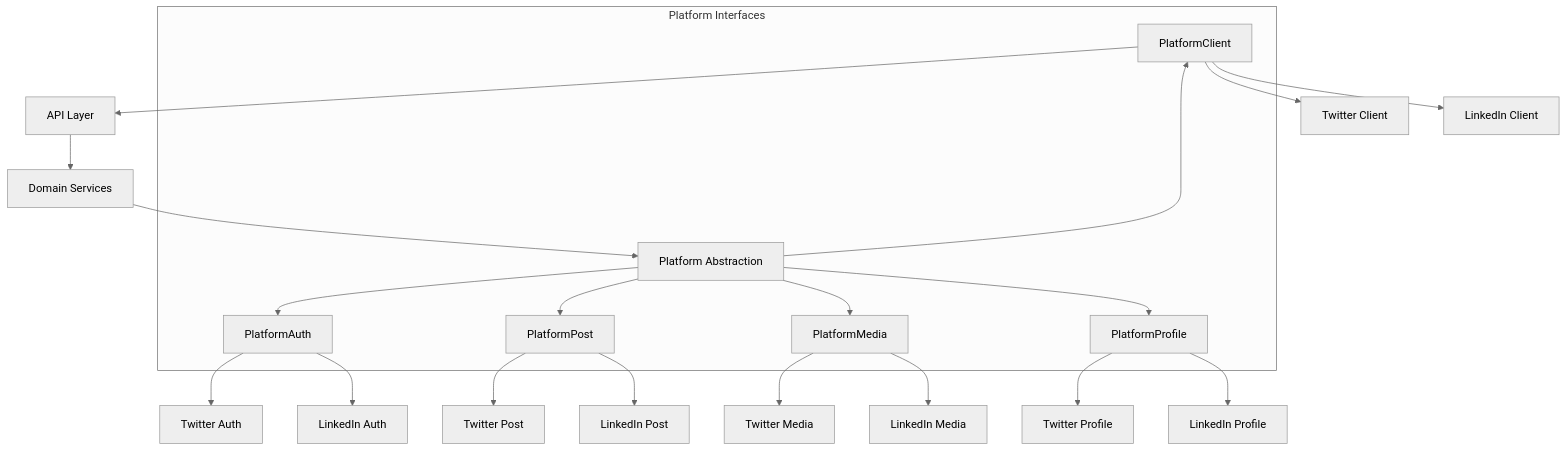
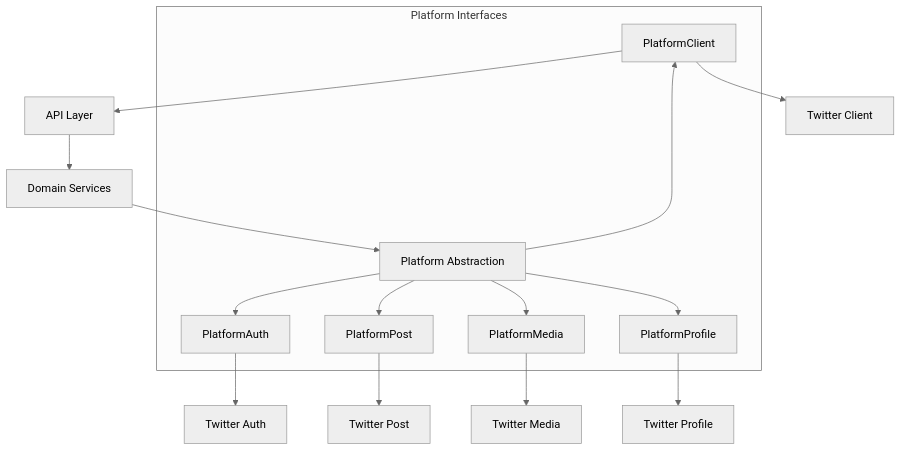
One commit to open-crosspost/open-crosspost-proxy-service changed the first of 8 diagrams in memory-bank/systemPatterns.md. Above: the diagram before and after it, drawn with Mermaid (neutral theme). The commit also changed other lines of this file and 8 other files, not shown here.

````diff
--- a/memory-bank/systemPatterns.md
+++ b/memory-bank/systemPatterns.md
@@ -35,26 +10,20 @@
 ```mermaid
 flowchart TD
     Client[Client] --> API[API Layer]
     API --> Domain[Domain Services]
     Domain --> Abstraction[Platform Abstraction]
     
     subgraph "Platform Interfaces"
         Abstraction --> Auth[PlatformAuth]
         Abstraction --> Client[PlatformClient]
         Abstraction --> Post[PlatformPost]
         Abstraction --> Media[PlatformMedia]
         Abstraction --> Profile[PlatformProfile]
     end
     
     Auth --> TwitterAuth[Twitter Auth]
     Client --> TwitterClient[Twitter Client]
     Post --> TwitterPost[Twitter Post]
     Media --> TwitterMedia[Twitter Media]
     Profile --> TwitterProfile[Twitter Profile]
-    
-    Auth --> LinkedInAuth[LinkedIn Auth]
-    Client --> LinkedInClient[LinkedIn Client]
-    Post --> LinkedInPost[LinkedIn Post]
-    Media --> LinkedInMedia[LinkedIn Media]
-    Profile --> LinkedInProfile[LinkedIn Profile]
 ```
````
